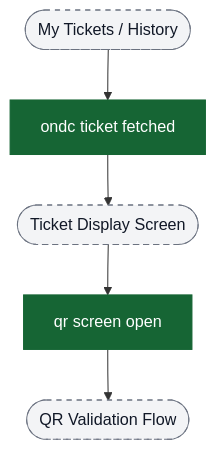
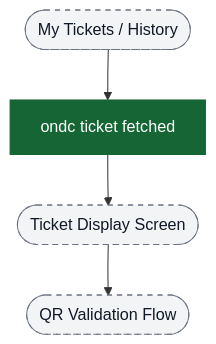
One commit to ratulsarna/chalo-app-dashboard changed the fourth of 9 diagrams in content/analytics/ondc-bus/flow-diagrams.md. Above: the diagram before and after it, drawn with Mermaid. The commit also changed other lines of this file and 1 other file, not shown here.

Commit message:
feat(analytics): update ONDC bus event descriptions and flow diagrams for improved clarity and accuracy

````diff
--- a/content/analytics/ondc-bus/flow-diagrams.md
+++ b/content/analytics/ondc-bus/flow-diagrams.md
@@ -87,13 +85,13 @@
 ```mermaid
 flowchart TD
+  %%chalo:diagram-link ui_qrValidation -> title:Funnel: QR Validation → Punch Receipt
   ui_ticketList([My Tickets / History]) --> ev_ticketFetched["ondc ticket fetched"]
   ev_ticketFetched --> ui_ticketDisplay([Ticket Display Screen])
-  ui_ticketDisplay --> ev_qrScreenOpen["qr screen open"]
-  ev_qrScreenOpen --> ui_qrValidation([QR Validation Flow])
+  ui_ticketDisplay --> ui_qrValidation([QR Validation Flow])
 
   classDef event fill:#166534,stroke:#166534,color:#ffffff;
   classDef ui fill:#f3f4f6,stroke:#6b7280,stroke-dasharray: 5 5,color:#111827;
 
-  class ev_ticketFetched,ev_qrScreenOpen event;
+  class ev_ticketFetched event;
   class ui_ticketList,ui_ticketDisplay,ui_qrValidation ui;
 ```
````
